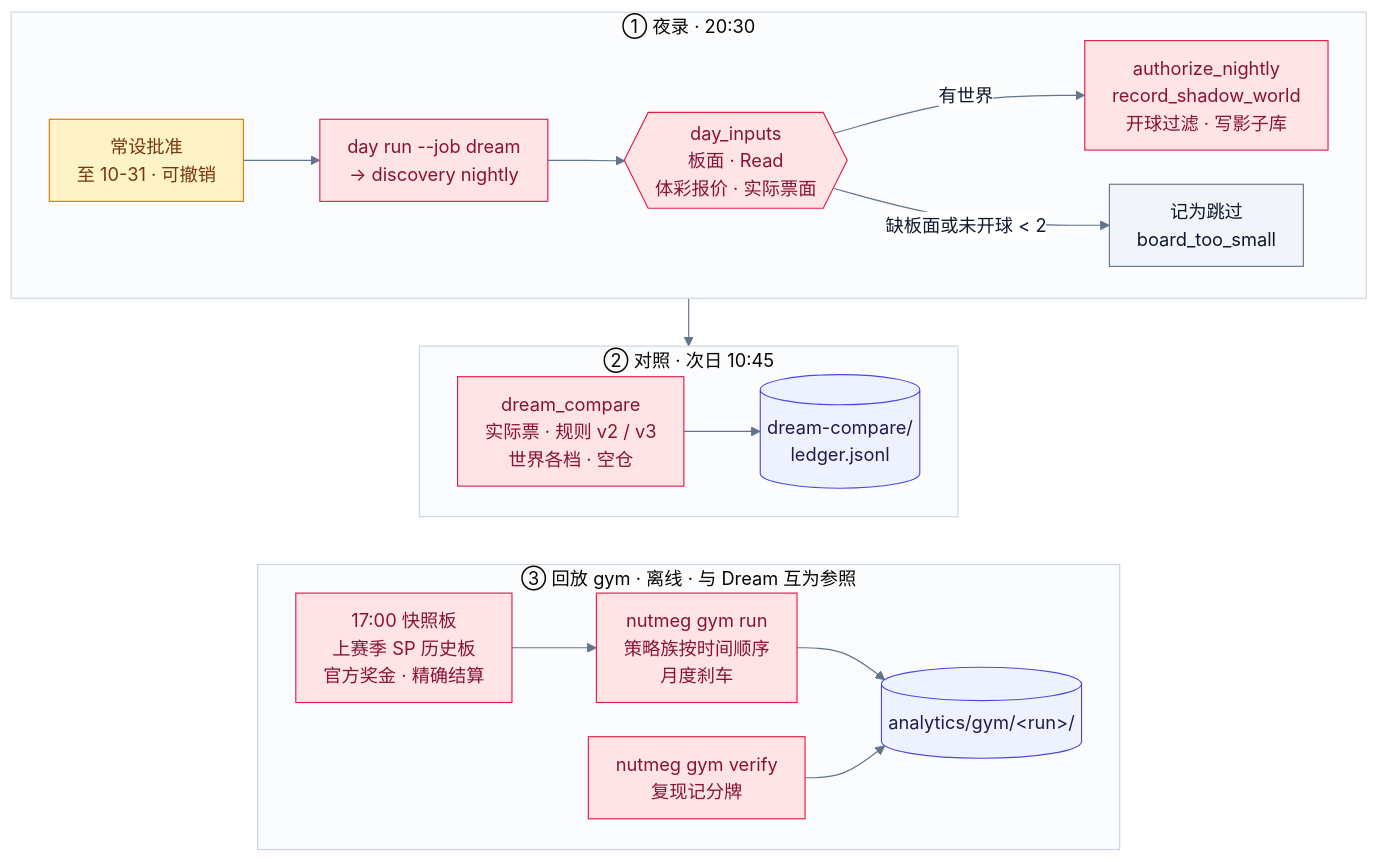
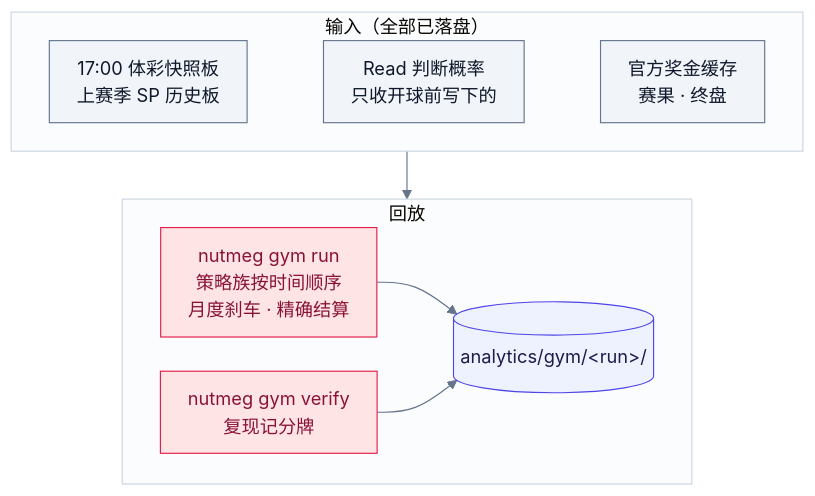
One commit to Jerenus/Nutmeg changed the ninth of 10 diagrams in docs/ARCHITECTURE.md. Above: the diagram before and after it, drawn with Mermaid. The commit also changed other lines of this file and 125 other files, not shown here.

````diff
--- a/docs/ARCHITECTURE.md
+++ b/docs/ARCHITECTURE.md
@@ -464,30 +459,21 @@
 ```mermaid
 %%{init: {"theme": "base", "themeVariables": {"fontSize": "16px", "lineColor": "#64748B", "clusterBkg": "#FBFCFE", "clusterBorder": "#CBD5E1", "edgeLabelBackground": "#FFFFFF", "primaryTextColor": "#0F172A"}, "flowchart": {"curve": "basis", "padding": 12, "nodeSpacing": 30, "rankSpacing": 42}}}%%
 flowchart TB
-  subgraph REC["① 夜录 · 20:30"]
+  subgraph IN["输入（全部已落盘）"]
     direction LR
-    S["常设批准<br/>至 10-31 · 可撤销"] --> N["day run --job dream<br/>→ discovery nightly"] --> D{{"day_inputs<br/>板面 · Read<br/>体彩报价 · 实际票面"}}
-    D -->|"有世界"| RC["authorize_nightly<br/>record_shadow_world<br/>开球过滤 · 写影子库"]
-    D -->|"缺板面或未开球 &lt; 2"| SK["记为跳过<br/>board_too_small"]
+    B1["17:00 体彩快照板<br/>上赛季 SP 历史板"] ~~~ B2["Read 判断概率<br/>只收开球前写下的"] ~~~ B3["官方奖金缓存<br/>赛果 · 终盘"]
   end
-  subgraph CMP["② 对照 · 次日 10:45"]
+  subgraph RUN["回放"]
     direction LR
-    C1["dream_compare<br/>实际票 · 规则 v2 / v3<br/>世界各档 · 空仓"] --> LED[("dream-compare/<br/>ledger.jsonl")]
-  end
-  subgraph GYM["③ 回放 gym · 离线 · 与 Dream 互为参照"]
-    direction LR
-    G1["17:00 快照板<br/>上赛季 SP 历史板<br/>官方奖金 · 精确结算"] --> G2["nutmeg gym run<br/>策略族按时间顺序<br/>月度刹车"] --> G3[("analytics/gym/&lt;run&gt;/")]
+    G2["nutmeg gym run<br/>策略族按时间顺序<br/>月度刹车 · 精确结算"] --> G3[("analytics/gym/&lt;run&gt;/")]
     G4["nutmeg gym verify<br/>复现记分牌"] --> G3
   end
-  REC --> CMP
-  CMP ~~~ GYM
+  IN --> RUN
 
-  classDef hum fill:#FEF3C7,stroke:#D97706,color:#78350F
   classDef exp fill:#FFE4E6,stroke:#E11D48,color:#881337
   classDef store fill:#EEF2FF,stroke:#4F46E5,color:#1E1B4B
   classDef src fill:#F1F5F9,stroke:#64748B,color:#0F172A
-  class S hum
-  class N,D,RC,C1,G1,G2,G4 exp
-  class LED,G3 store
-  class SK src
+  class B1,B2,B3 src
+  class G2,G4 exp
+  class G3 store
 ```
````
